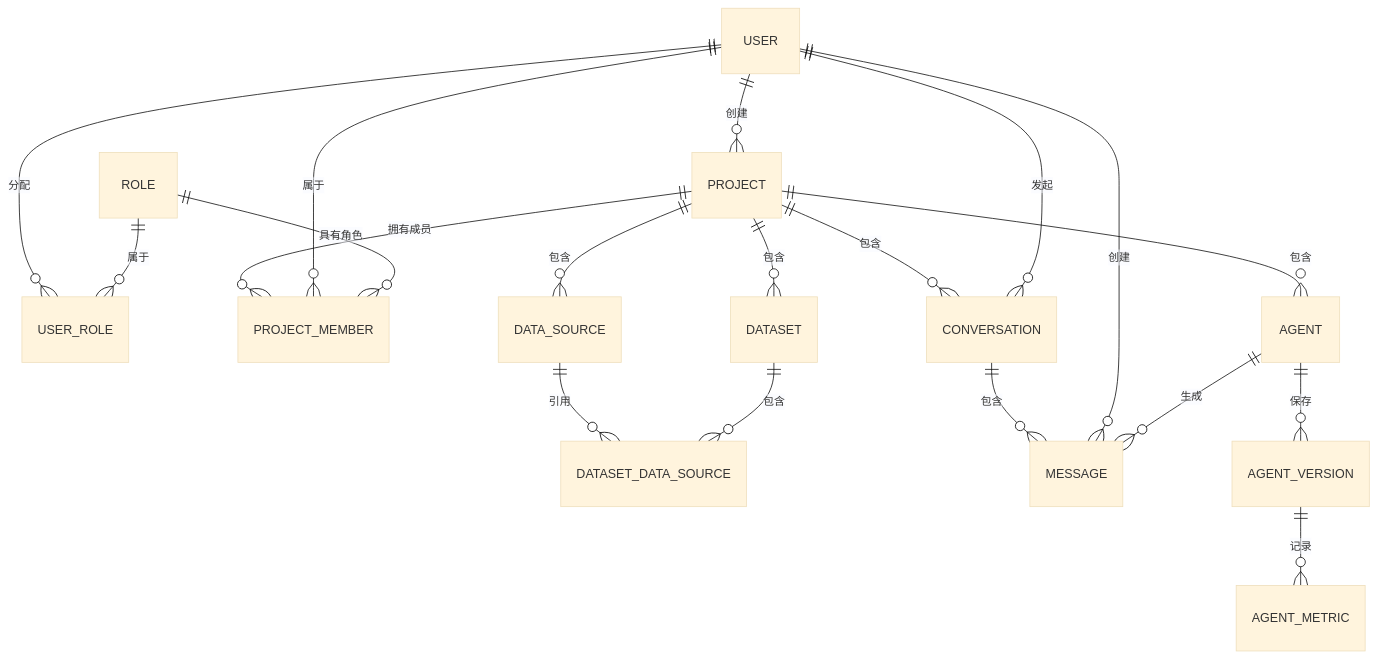
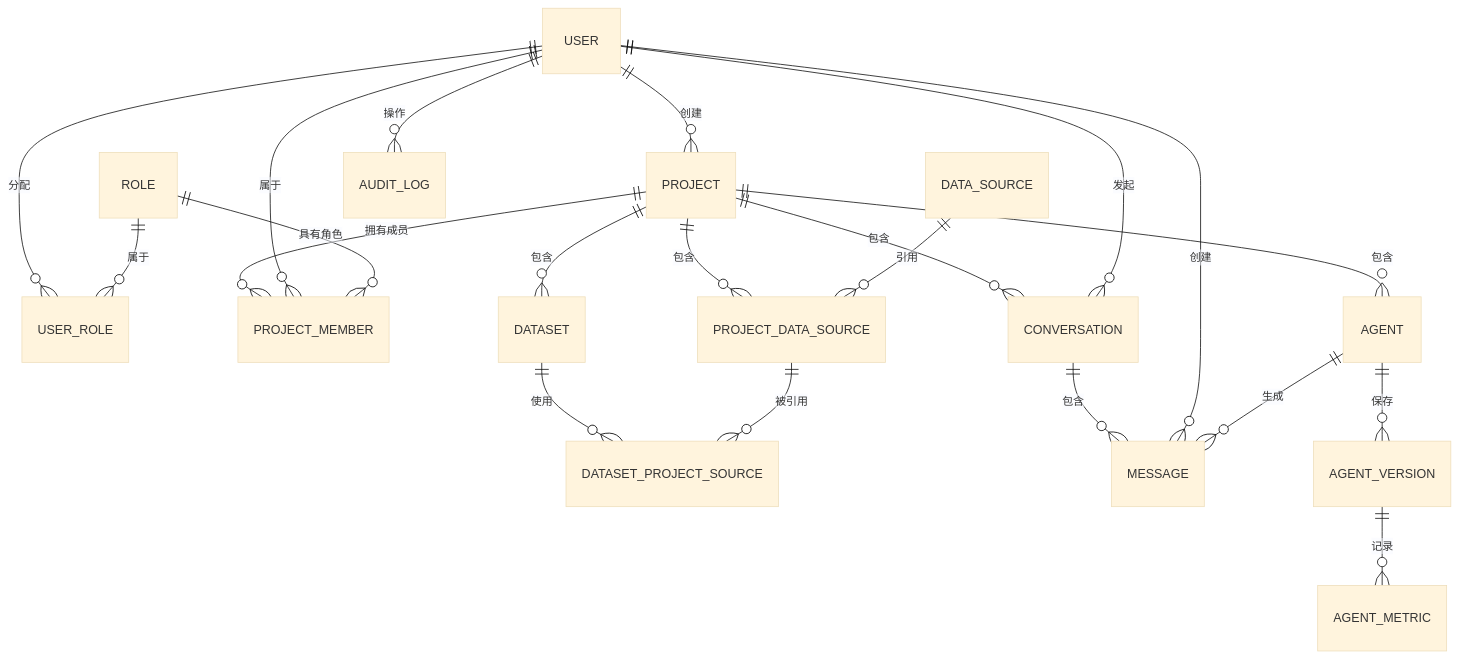
The eighth of 16 diagrams in docs/PRD.md (carmhuo/kiwi), drawn with Mermaid (base theme) before and after one commit. The commit also changed other lines of this file and 3 other files, not shown here.

````diff
--- a/docs/PRD.md
+++ b/docs/PRD.md
@@ -475,21 +492,25 @@
 ```mermaid
 erDiagram
     USER ||--o{ USER_ROLE: "分配"
     ROLE ||--o{ USER_ROLE: "属于"
     USER ||--o{ PROJECT: "创建"
     PROJECT ||--o{ PROJECT_MEMBER: "拥有成员"
     USER ||--o{ PROJECT_MEMBER: "属于"
     ROLE ||--o{ PROJECT_MEMBER: "具有角色"
-    PROJECT ||--o{ DATA_SOURCE: "包含"
-    DATA_SOURCE ||--o{ DATASET_DATA_SOURCE: "引用"
-    DATASET ||--o{ DATASET_DATA_SOURCE: "包含"
+%% 项目与数据源关系（多对多）
+    PROJECT ||--o{ PROJECT_DATA_SOURCE: "包含"
+    DATA_SOURCE ||--o{ PROJECT_DATA_SOURCE: "引用"
+%% 数据集与项目数据源关系（多对多）
+    DATASET ||--o{ DATASET_PROJECT_SOURCE: "使用"
+    PROJECT_DATA_SOURCE ||--o{ DATASET_PROJECT_SOURCE: "被引用"
     PROJECT ||--o{ DATASET: "包含"
     PROJECT ||--o{ AGENT: "包含"
     PROJECT ||--o{ CONVERSATION: "包含"
     USER ||--o{ CONVERSATION: "发起"
     CONVERSATION ||--o{ MESSAGE: "包含"
     USER ||--o{ MESSAGE: "创建"
     AGENT ||--o{ MESSAGE: "生成"
     AGENT ||--o{ AGENT_VERSION: "保存"
     AGENT_VERSION ||--o{ AGENT_METRIC: "记录"
+    USER ||--o{ AUDIT_LOG: "操作"
 ```
````
